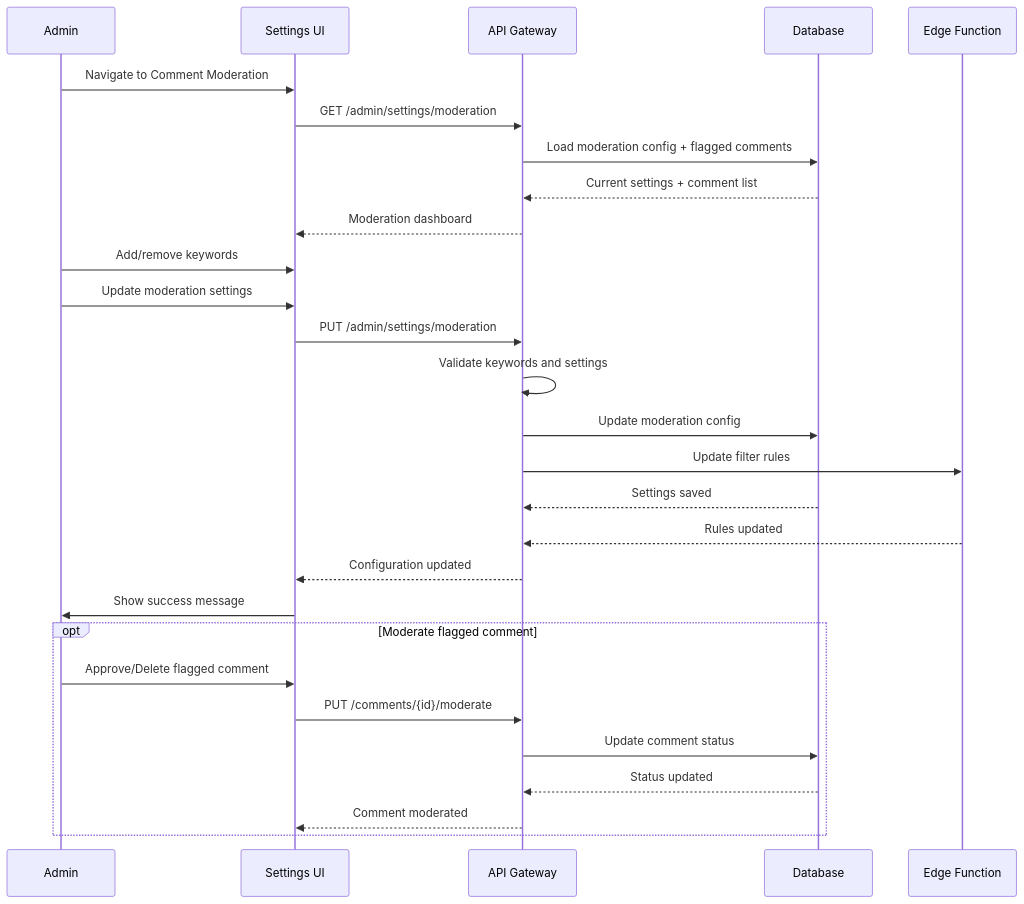
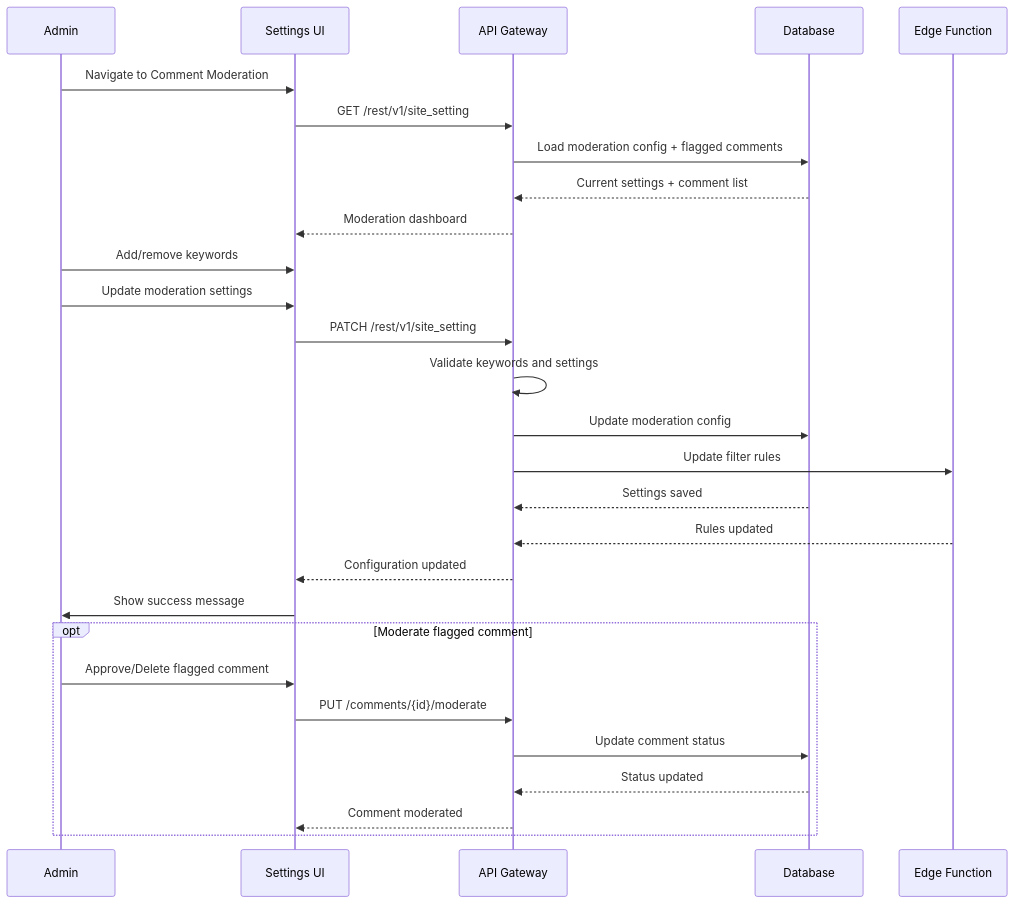
Before and after one commit to jkjan/nowhereland: the first of 7 diagrams in prd/08-admin-settings.md, drawn with Mermaid. The commit also changed other lines of this file and 18 other files, not shown here.

````diff
--- a/prd/08-admin-settings.md
+++ b/prd/08-admin-settings.md
@@ -69,35 +69,35 @@
 ```mermaid
 sequenceDiagram
     participant A as Admin
     participant UI as Settings UI
     participant API as API Gateway
     participant DB as Database
     participant EDGE as Edge Function
     
     A->>UI: Navigate to Comment Moderation
-    UI->>API: GET /admin/settings/moderation
+    UI->>API: GET /rest/v1/site_setting
     API->>DB: Load moderation config + flagged comments
     DB-->>API: Current settings + comment list
     API-->>UI: Moderation dashboard
     
     A->>UI: Add/remove keywords
     A->>UI: Update moderation settings
-    UI->>API: PUT /admin/settings/moderation
+    UI->>API: PATCH /rest/v1/site_setting
     
     API->>API: Validate keywords and settings
     API->>DB: Update moderation config
     API->>EDGE: Update filter rules
     DB-->>API: Settings saved
     EDGE-->>API: Rules updated
     
     API-->>UI: Configuration updated
     UI->>A: Show success message
     
     opt Moderate flagged comment
         A->>UI: Approve/Delete flagged comment
         UI->>API: PUT /comments/{id}/moderate
         API->>DB: Update comment status
         DB-->>API: Status updated
         API-->>UI: Comment moderated
     end
 ```
````
